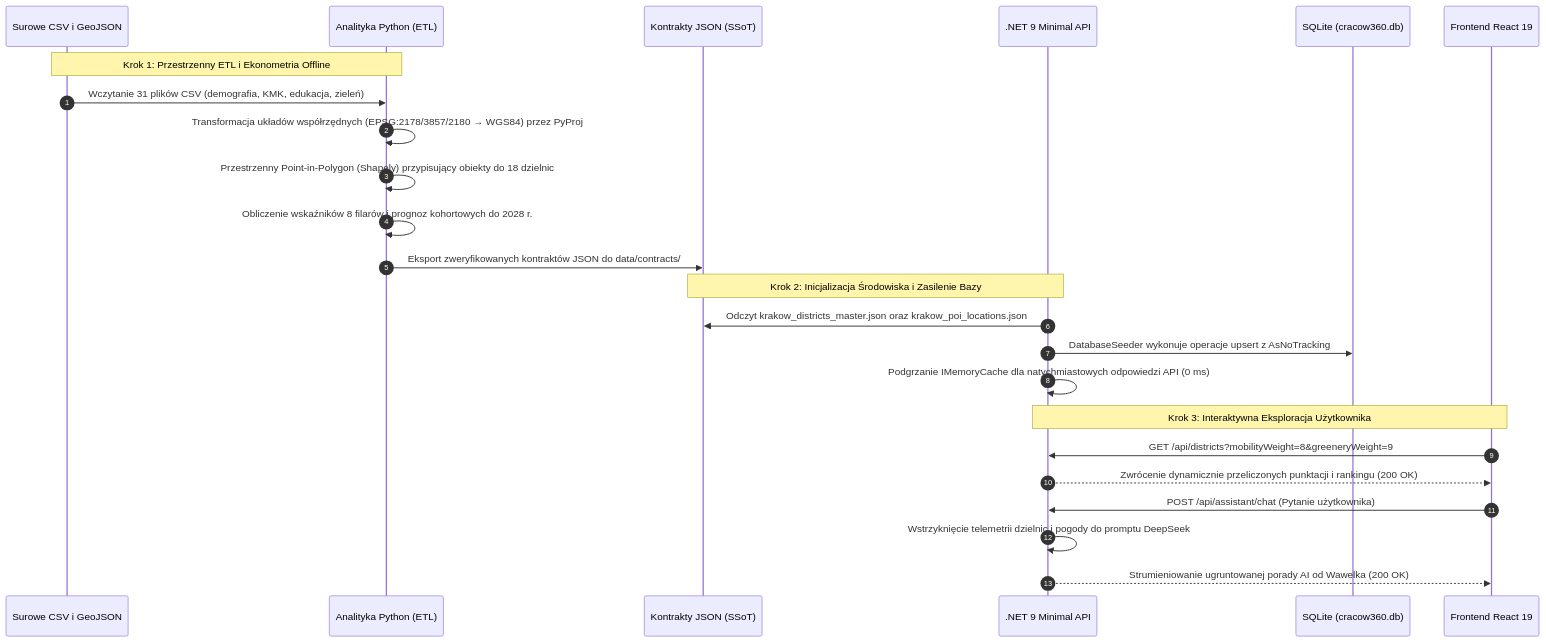
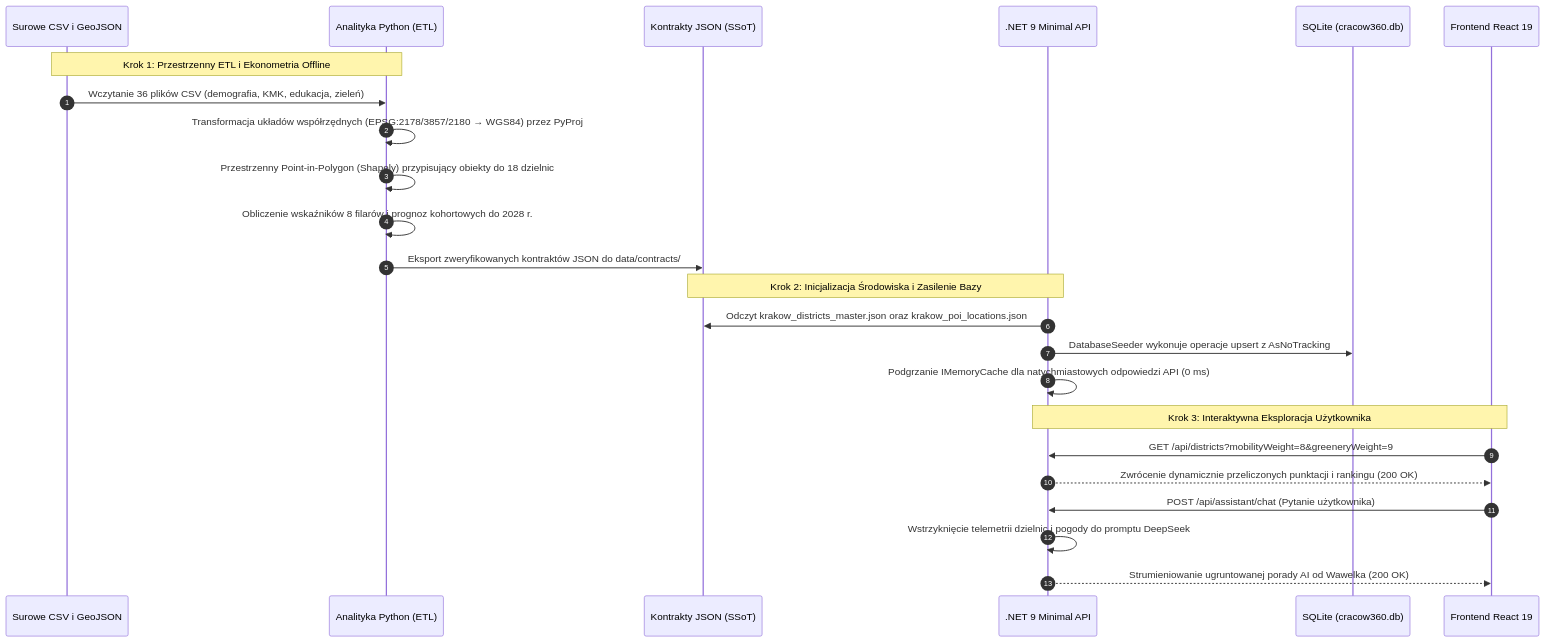
One commit to zephir-x/cracow360 changed the second of 4 diagrams in README-pl.md. Above: the diagram before and after it, drawn with Mermaid. The commit also changed other lines of this file and 6 other files, not shown here.

````diff
--- a/README-pl.md
+++ b/README-pl.md
@@ -288,29 +299,29 @@
 ```mermaid
 sequenceDiagram
     autonumber
     participant Raw as Surowe CSV i GeoJSON
     participant Python as Analityka Python (ETL)
     participant Contracts as Kontrakty JSON (SSoT)
     participant Backend as .NET 9 Minimal API
     participant SQLite as SQLite (cracow360.db)
     participant Frontend as Frontend React 19
 
     Note over Raw,Python: Krok 1: Przestrzenny ETL i Ekonometria Offline
-    Raw->>Python: Wczytanie 31 plików CSV (demografia, KMK, edukacja, zieleń)
+    Raw->>Python: Wczytanie 36 plików CSV (demografia, KMK, edukacja, zieleń)
     Python->>Python: Transformacja układów współrzędnych (EPSG:2178/3857/2180 → WGS84) przez PyProj
     Python->>Python: Przestrzenny Point-in-Polygon (Shapely) przypisujący obiekty do 18 dzielnic
     Python->>Python: Obliczenie wskaźników 8 filarów i prognoz kohortowych do 2028 r.
     Python->>Contracts: Eksport zweryfikowanych kontraktów JSON do data/contracts/
 
     Note over Contracts,Backend: Krok 2: Inicjalizacja Środowiska i Zasilenie Bazy
     Backend->>Contracts: Odczyt krakow_districts_master.json oraz krakow_poi_locations.json
     Backend->>SQLite: DatabaseSeeder wykonuje operacje upsert z AsNoTracking
     Backend->>Backend: Podgrzanie IMemoryCache dla natychmiastowych odpowiedzi API (0 ms)
 
     Note over Backend,Frontend: Krok 3: Interaktywna Eksploracja Użytkownika
     Frontend->>Backend: GET /api/districts?mobilityWeight=8&greeneryWeight=9
     Backend-->>Frontend: Zwrócenie dynamicznie przeliczonych punktacji i rankingu (200 OK)
     Frontend->>Backend: POST /api/assistant/chat (Pytanie użytkownika)
     Backend->>Backend: Wstrzyknięcie telemetrii dzielnic i pogody do promptu DeepSeek
     Backend-->>Frontend: Strumieniowanie ugruntowanej porady AI od Wawelka (200 OK)
 ```
````
